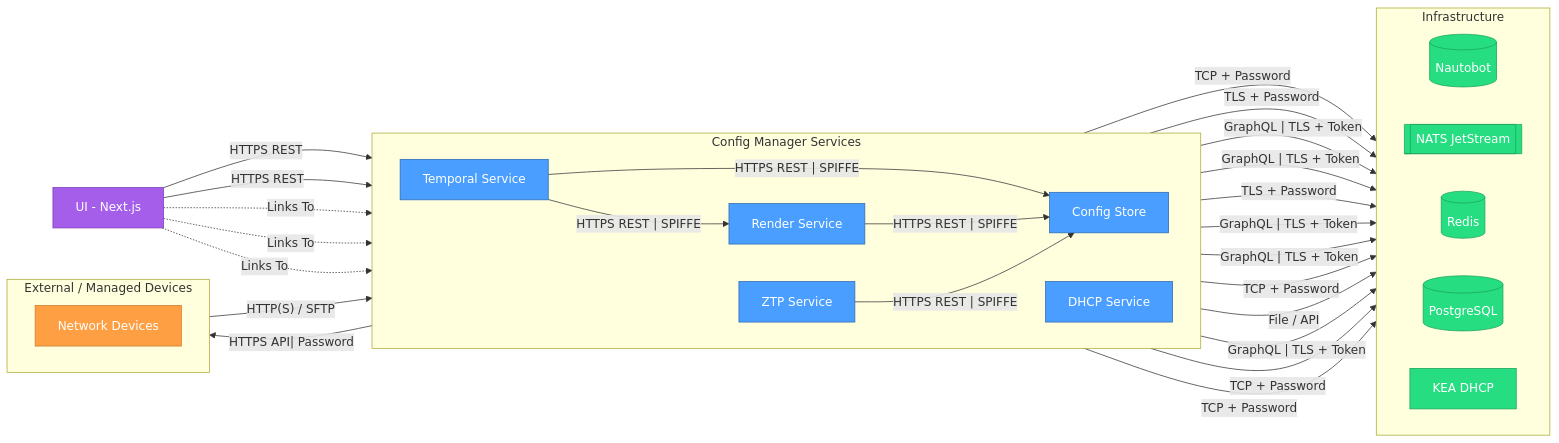
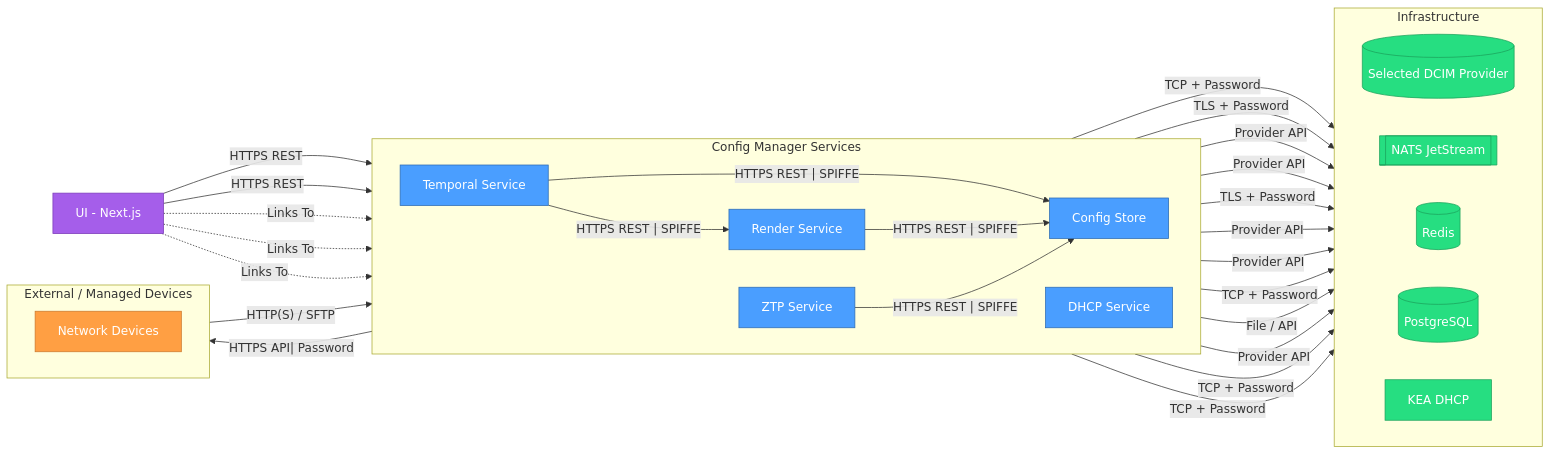
One commit to NVIDIA/nv-config-manager changed the diagram in docs/overview/architecture.mdx. Above: the diagram before and after it, drawn with Mermaid. The commit also changed other lines of this file and 233 other files, not shown here.

Commit message:
feat: add pluggable DCIM provider framework

````diff
--- a/docs/overview/architecture.mdx
+++ b/docs/overview/architecture.mdx
@@ -154,77 +160,77 @@
 ```mermaid
 flowchart LR
     %% === TIER 1: UI ===
     UI[UI - Next.js]
 
     %% === TIER 2: Config Manager Services (horizontal) ===
     subgraph Services["Config Manager Services"]
         direction LR
         Temporal[Temporal Service]
         Render[Render Service]
         ConfigStore[Config Store]
         ZTP[ZTP Service]
         DHCP[DHCP Service]
     end
 
     %% === TIER 3: Infrastructure (horizontal) ===
     subgraph Infra["Infrastructure"]
         direction LR
-        Nautobot[(Nautobot)]
+        DCIM[(Selected DCIM Provider)]
         NATS[[NATS JetStream]]
         Redis[(Redis)]
         PostgreSQL[(PostgreSQL)]
         KEA[KEA DHCP]
     end
 
     %% === TIER 4: External Systems (horizontal) ===
     subgraph External["External / Managed Devices"]
         direction LR
         Devices[Network Devices]
     end
 
     %% === UI Connections ===
     UI -->|"HTTPS REST"| Temporal
     UI -->|"HTTPS REST"| ConfigStore
     UI -.->|"Links To"| Render
     UI -.->|"Links To"| ZTP
     UI -.->|"Links To"| DHCP
 
     %% === Temporal Connections ===
     Temporal -->|"HTTPS REST | SPIFFE"| Render
     Temporal -->|"HTTPS REST | SPIFFE"| ConfigStore
     Temporal -->|"HTTPS API| Password" | Devices
     Temporal -->|"TCP + Password"| Redis
     Temporal -->|"TLS + Password"| NATS
-    Temporal -->|"GraphQL | TLS + Token"| Nautobot
+    Temporal -->|"Provider API"| DCIM
 
     %% === Render Connections ===
-    Render -->|"GraphQL | TLS + Token"| Nautobot
+    Render -->|"Provider API"| DCIM
     Render -->|"HTTPS REST | SPIFFE"| ConfigStore
     Render -->|"TLS + Password"| NATS
 
     %% === ZTP Connections ===
-    ZTP -->|"GraphQL | TLS + Token"| Nautobot
+    ZTP -->|"Provider API"| DCIM
     ZTP -->|"HTTPS REST | SPIFFE"| ConfigStore
     Devices -->|"HTTP(S) / SFTP"| ZTP
 
     %% === DHCP Connections ===
-    DHCP -->|"GraphQL | TLS + Token"| Nautobot
+    DHCP -->|"Provider API"| DCIM
     DHCP -->|"TCP + Password"| Redis
     DHCP -->|"File / API"| KEA
 
     %% === Config Store Connections ===
-    ConfigStore -->|"GraphQL | TLS + Token"| Nautobot
+    ConfigStore -->|"Provider API"| DCIM
     ConfigStore -->|"TCP + Password"| PostgreSQL
     ConfigStore -->|"TCP + Password"| Redis
 
     %% === Styling ===
     classDef service fill:#4a9eff,stroke:#2d6bb3,color:#fff
     classDef external fill:#ff9f43,stroke:#cc7a2e,color:#fff
     classDef infra fill:#26de81,stroke:#1ba35c,color:#fff
     classDef ui fill:#a55eea,stroke:#7c3db8,color:#fff
 
     class UI ui
     class Temporal,Render,ConfigStore,ZTP,DHCP service
     class Devices external
-    class Nautobot,NATS,Redis,PostgreSQL,KEA infra
+    class DCIM,NATS,Redis,PostgreSQL,KEA infra
 ```
````
